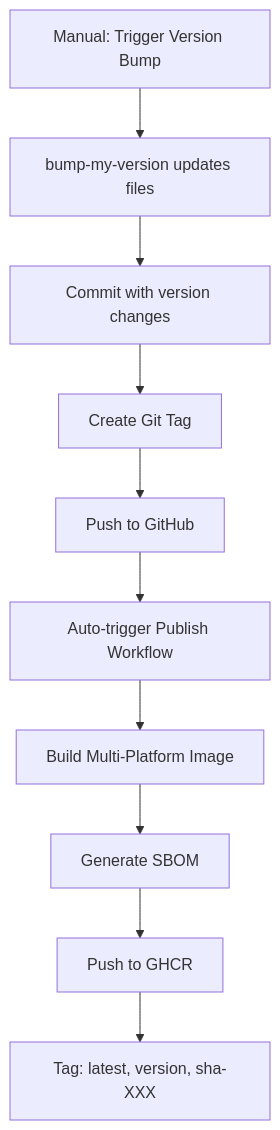
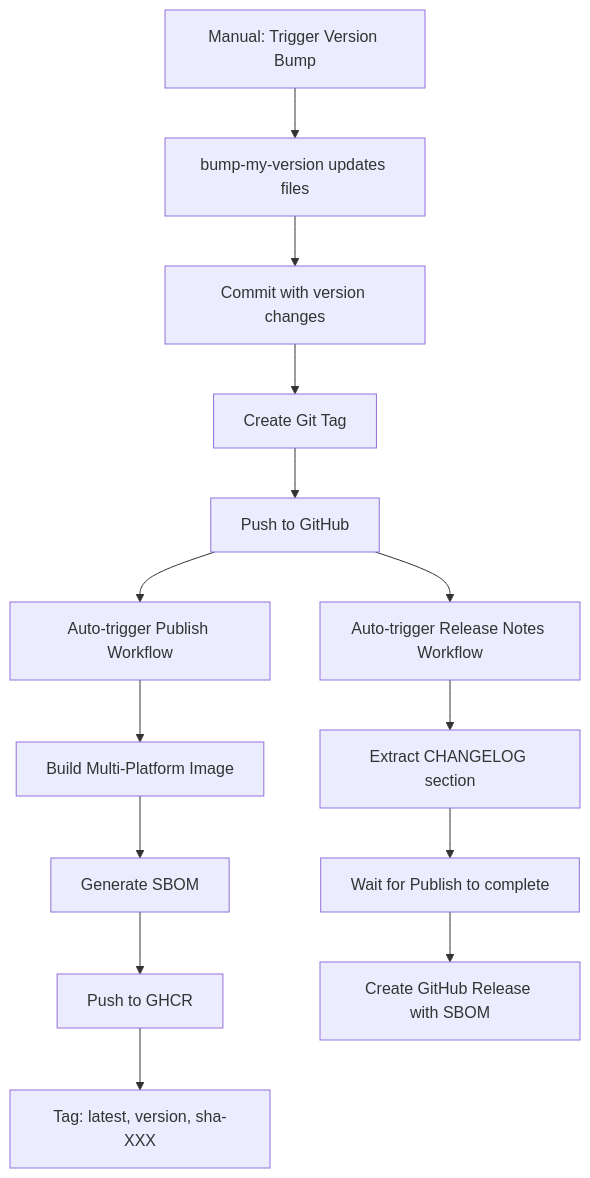
One commit to egohygiene/ubi changed the diagram in docs/release-process.md. Above: the diagram before and after it, drawn with Mermaid. The commit also changed other lines of this file, not shown here.

First line of the commit message:
docs: update release process documentation for GitHub Releases

````diff
--- a/docs/release-process.md
+++ b/docs/release-process.md
@@ -24,12 +25,16 @@
 ```mermaid
 graph TD
     A[Manual: Trigger Version Bump] --> B[bump-my-version updates files]
     B --> C[Commit with version changes]
     C --> D[Create Git Tag]
     D --> E[Push to GitHub]
     E --> F[Auto-trigger Publish Workflow]
+    E --> K[Auto-trigger Release Notes Workflow]
     F --> G[Build Multi-Platform Image]
     G --> H[Generate SBOM]
     H --> I[Push to GHCR]
     I --> J[Tag: latest, version, sha-XXX]
+    K --> L[Extract CHANGELOG section]
+    L --> M[Wait for Publish to complete]
+    M --> N[Create GitHub Release with SBOM]
 ```
````
